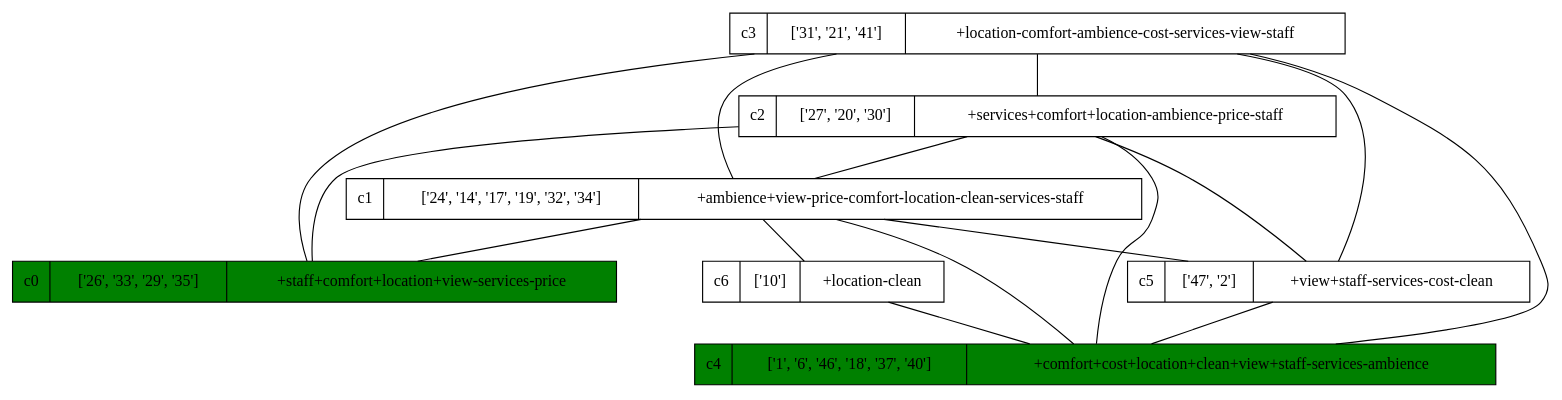
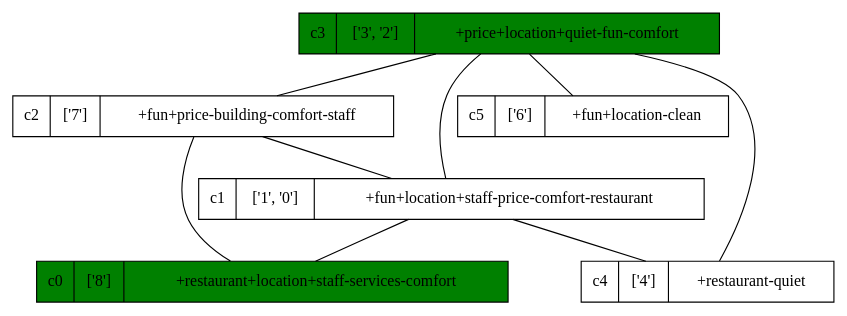
One commit to nicorotstein/juan_alberto changed the diagram in data/final_graph.dot. Above: the diagram before and after it, drawn with Graphviz. The commit also changed 27 other files, not shown here.

```diff
--- a/data/final_graph.dot
+++ b/data/final_graph.dot
@@ -1,24 +1,16 @@
 strict digraph G {
-c3 [shape=record, label="c3 | ['31', '21', '41'] | +location-comfort-ambience-cost-services-view-staff"];
-c2 [shape=record, label="c2 | ['27', '20', '30'] | +services+comfort+location-ambience-price-staff"];
-c1 [shape=record, label="c1 | ['24', '14', '17', '19', '32', '34'] | +ambience+view-price-comfort-location-clean-services-staff"];
-c0 [shape=record, label="c0 | ['26', '33', '29', '35'] | +staff+comfort+location+view-services-price", style=filled, fillcolor=green];
-c6 [shape=record, label="c6 | ['10'] | +location-clean"];
-c5 [shape=record, label="c5 | ['47', '2'] | +view+staff-services-cost-clean"];
-c4 [shape=record, label="c4 | ['1', '6', '46', '18', '37', '40'] | +comfort+cost+location+clean+view+staff-services-ambience", style=filled, fillcolor=green];
+c3 [shape=record, label="c3 | ['3', '2'] | +price+location+quiet-fun-comfort", style=filled, fillcolor=green];
+c2 [shape=record, label="c2 | ['7'] | +fun+price-building-comfort-staff"];
+c1 [shape=record, label="c1 | ['1', '0'] | +fun+location+staff-price-comfort-restaurant"];
+c0 [shape=record, label="c0 | ['8'] | +restaurant+location+staff-services-comfort", style=filled, fillcolor=green];
+c5 [shape=record, label="c5 | ['6'] | +fun+location-clean"];
+c4 [shape=record, label="c4 | ['4'] | +restaurant-quiet"];
 c3 -> c2  [dir=none];
 c3 -> c1  [dir=none];
-c3 -> c0  [dir=none];
 c3 -> c5  [dir=none];
 c3 -> c4  [dir=none];
 c2 -> c1  [dir=none];
 c2 -> c0  [dir=none];
-c2 -> c5  [dir=none];
-c2 -> c4  [dir=none];
 c1 -> c0  [dir=none];
-c1 -> c6  [dir=none];
-c1 -> c5  [dir=none];
 c1 -> c4  [dir=none];
-c6 -> c4  [dir=none];
-c5 -> c4  [dir=none];
 }
```
